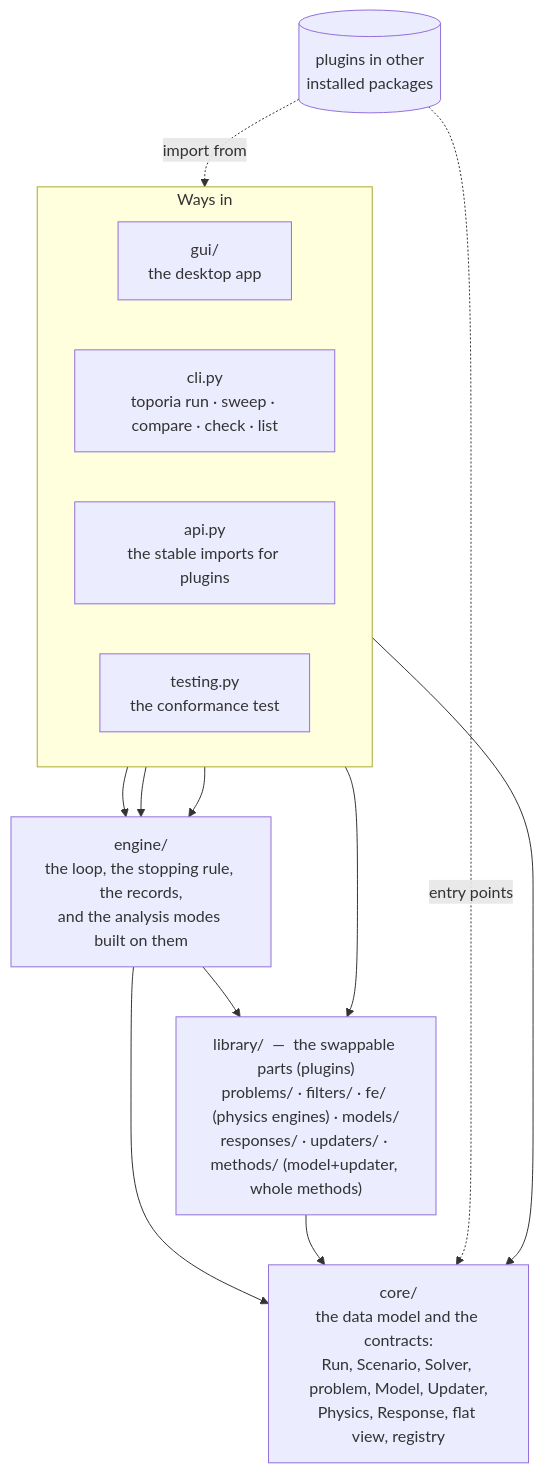
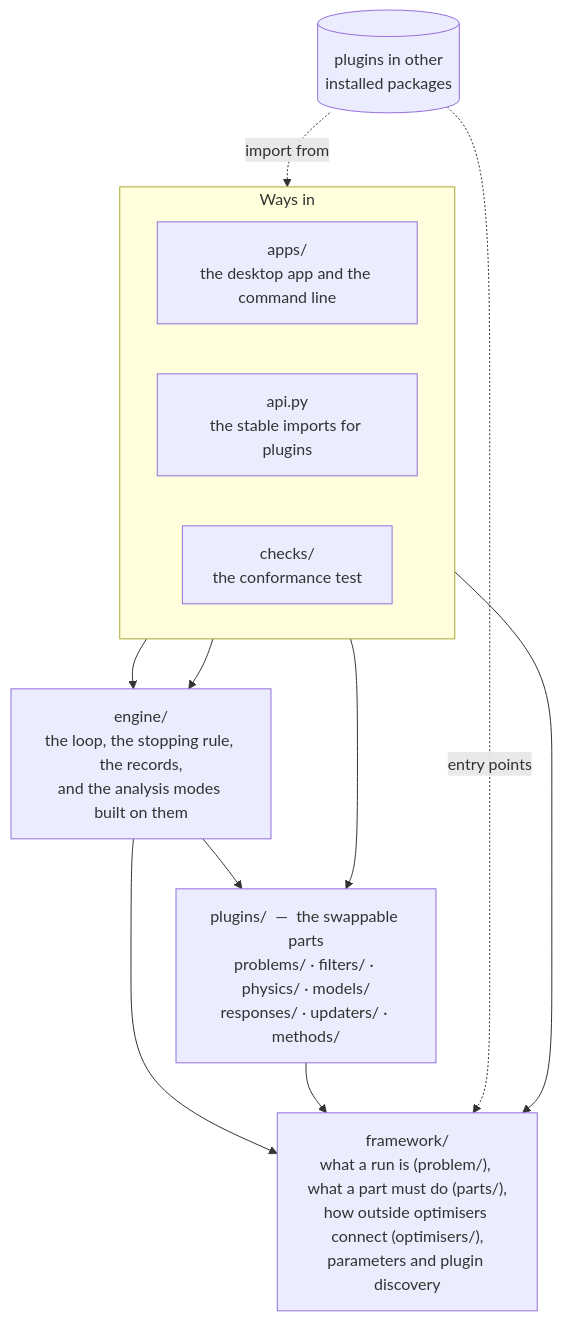
Before and after one commit to Toporia/Toporia-launcher: the first of 2 diagrams in toporia/README.md, drawn with Mermaid. The commit also changed other lines of this file and 83 other files, not shown here.

````diff
--- a/toporia/README.md
+++ b/toporia/README.md
@@ -11,29 +26,27 @@
 ```mermaid
 flowchart TB
     subgraph ENTRY["Ways in"]
         direction LR
-        gui["gui/<br/>the desktop app"]
-        cli["cli.py<br/>toporia run · sweep · compare · check · list"]
+        apps["apps/<br/>the desktop app and the command line"]
         api["api.py<br/>the stable imports for plugins"]
-        testing["testing.py<br/>the conformance test"]
+        checks["checks/<br/>the conformance test"]
     end
 
     engine["engine/<br/>the loop, the stopping rule, the records,<br/>and the analysis modes built on them"]
 
-    LIB["library/  —  the swappable parts (plugins)<br/>problems/ · filters/ · fe/ (physics engines) · models/<br/>responses/ · updaters/ · methods/ (model+updater, whole methods)"]
+    plugins["plugins/  —  the swappable parts<br/>problems/ · filters/ · physics/ · models/<br/>responses/ · updaters/ · methods/"]
 
-    core["core/<br/>the data model and the contracts:<br/>Run, Scenario, Solver, problem, Model, Updater,<br/>Physics, Response, flat view, registry"]
+    framework["framework/<br/>what a run is (problem/), what a part must do (parts/),<br/>how outside optimisers connect (optimisers/),<br/>parameters and plugin discovery"]
 
     other[("plugins in other<br/>installed packages")]
 
-    gui --> engine
-    cli --> engine
-    testing --> engine
-    engine --> LIB
-    engine --> core
-    LIB --> core
-    api --> core
-    api --> LIB
-    other -. "entry points" .-> core
+    apps --> engine
+    checks --> engine
+    engine --> plugins
+    engine --> framework
+    plugins --> framework
+    api --> framework
+    api --> plugins
+    other -. "entry points" .-> framework
     other -. "import from" .-> api
 ```
````
